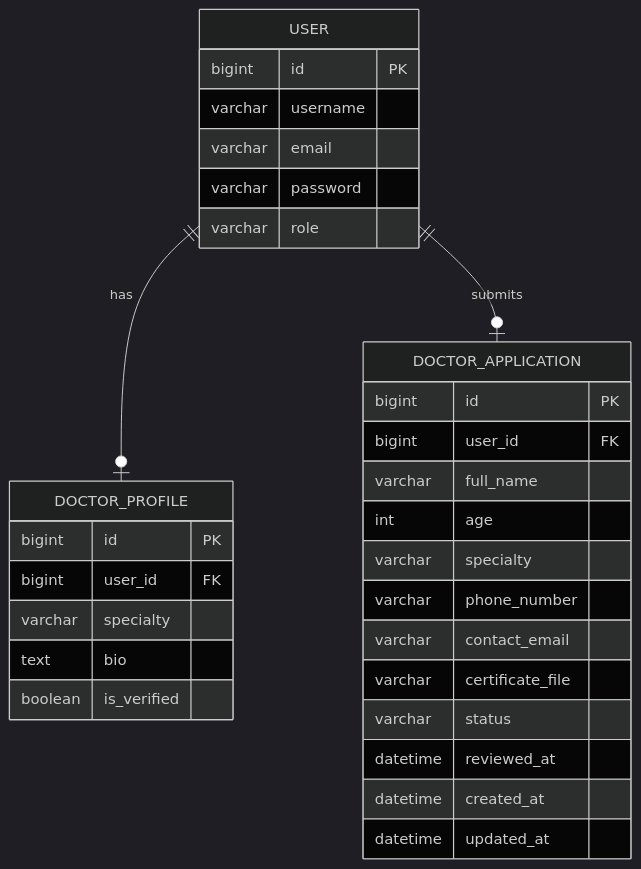
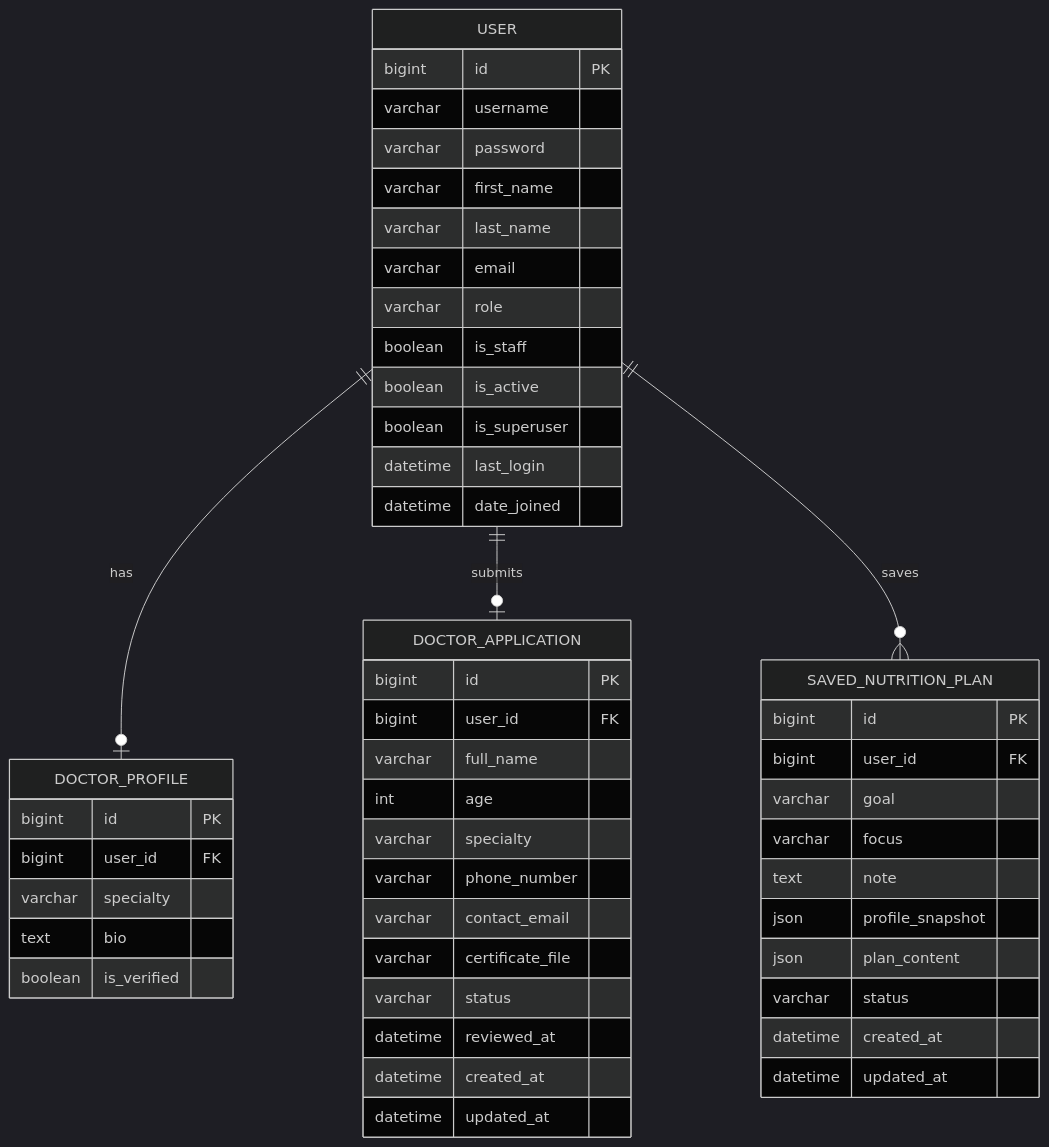
One commit to aliabdullah1215/holbertonschool-portfolio_project changed the sixth of 11 diagrams in Technical Documentation.md. Above: the diagram before and after it, drawn with Mermaid (dark theme). The commit also changed other lines of this file, not shown here.

````diff
--- a/Technical Documentation.md
+++ b/Technical Documentation.md
@@ -442,36 +442,58 @@
 ```mermaid
 erDiagram
-    USER ||--o| DOCTOR_PROFILE : has
-    USER ||--o| DOCTOR_APPLICATION : submits
-
     USER {
         bigint id PK
         varchar username
+        varchar password
+        varchar first_name
+        varchar last_name
         varchar email
-        varchar password
         varchar role
+        boolean is_staff
+        boolean is_active
+        boolean is_superuser
+        datetime last_login
+        datetime date_joined
     }
 
     DOCTOR_PROFILE {
         bigint id PK
         bigint user_id FK
         varchar specialty
         text bio
         boolean is_verified
     }
 
     DOCTOR_APPLICATION {
         bigint id PK
         bigint user_id FK
         varchar full_name
         int age
         varchar specialty
         varchar phone_number
         varchar contact_email
         varchar certificate_file
         varchar status
         datetime reviewed_at
         datetime created_at
         datetime updated_at
     }
+
+    SAVED_NUTRITION_PLAN {
+        bigint id PK
+        bigint user_id FK
+        varchar goal
+        varchar focus
+        text note
+        json profile_snapshot
+        json plan_content
+        varchar status
+        datetime created_at
+        datetime updated_at
+    }
+
+    USER ||--o| DOCTOR_PROFILE : has
+    USER ||--o| DOCTOR_APPLICATION : submits
+    USER ||--o{ SAVED_NUTRITION_PLAN : saves
+
 ```
````
